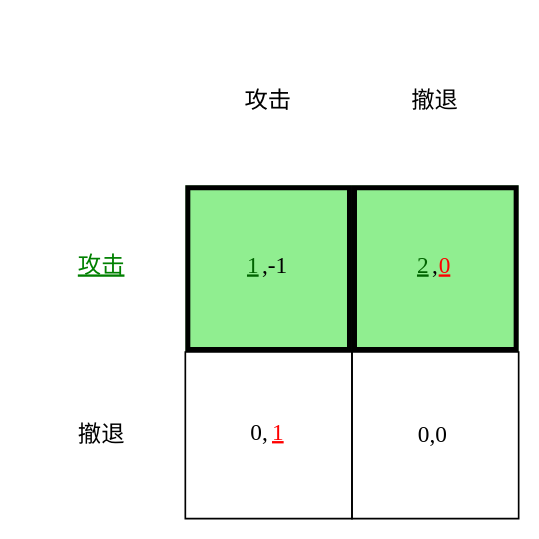
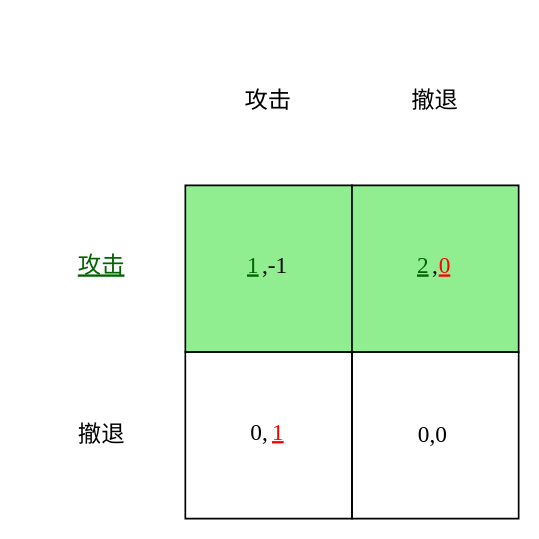
One commit to Binjian/org changed the fourth of 21 diagrams in mode/drl_101.org. Above: the diagram before and after it, drawn with Graphviz. The commit also changed other lines of this file and 3 other files, not shown here.

```diff
--- a/mode/drl_101.org
+++ b/mode/drl_101.org
@@ -204,23 +229,23 @@
-#+begin_src dot :file img/_generated/dominated_fight2.png
+#+begin_src dot :file img/_generated/dominated_fight2.png :cache yes
 digraph G {
     node1 [shape=none, margin=0, fontname="LXGW WenKai Mono", label=<
         <TABLE BORDER="0" CELLBORDER="0" CELLSPACING="0" CELLPADDING="0" WIDTH="300" HEIGHT="300">
             <TR>
                 <TD WIDTH="100" HEIGHT="100" BGCOLOR="None"></TD>
                 <TD WIDTH="100" HEIGHT="100" BGCOLOR="None">攻击</TD>
                 <TD WIDTH="100" HEIGHT="100" BGCOLOR="None">撤退</TD>
             </TR>
             <TR>
-                <TD WIDTH="100" HEIGHT="100" BGCOLOR="None"><u><font color="green">攻击</font></u></TD>
-                <TD WIDTH="100" HEIGHT="100" BGCOLOR="lightgreen" BORDER="3"><u><FONT COLOR="darkgreen">1</FONT></u>,-1</TD>
-                <TD WIDTH="100" HEIGHT="100" BGCOLOR="lightgreen" BORDER="3"><u><FONT COLOR="darkgreen">2</FONT></u>,<u><FONT COLOR="red">0</FONT></u></TD>
+                <TD WIDTH="100" HEIGHT="100" BGCOLOR="None"><u><font color="darkgreen">攻击</font></u></TD>
+                <TD WIDTH="100" HEIGHT="100" BGCOLOR="lightgreen" BORDER="1"><u><FONT COLOR="darkgreen">1</FONT></u>,-1</TD>
+                <TD WIDTH="100" HEIGHT="100" BGCOLOR="lightgreen" BORDER="1"><u><FONT COLOR="darkgreen">2</FONT></u>,<u><FONT COLOR="red">0</FONT></u></TD>
             </TR>
             <TR>
                 <TD WIDTH="100" HEIGHT="100" BGCOLOR="None">撤退</TD>
                 <TD WIDTH="100" HEIGHT="100" BORDER="1">0,<u><FONT COLOR="red">1</FONT></u></TD>
                 <TD WIDTH="100" HEIGHT="100" BORDER="1">0,0</TD>
             </TR>
         </TABLE>
     >];
 }
 #+end_src
```
